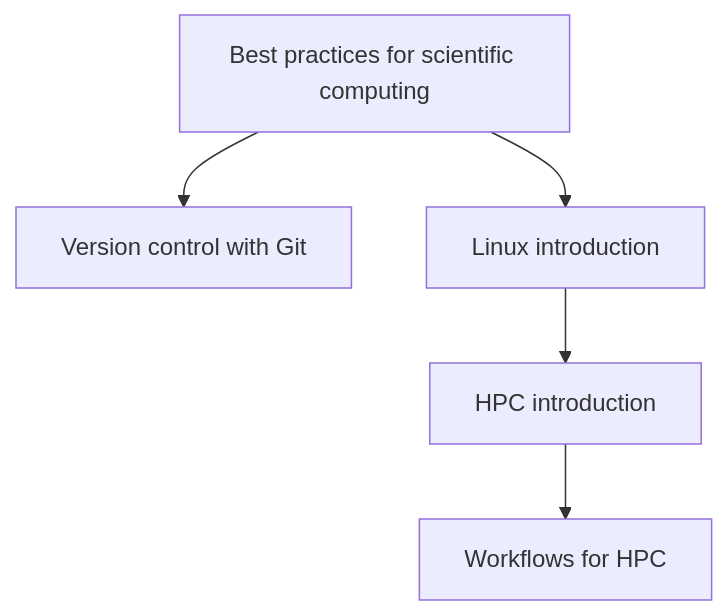
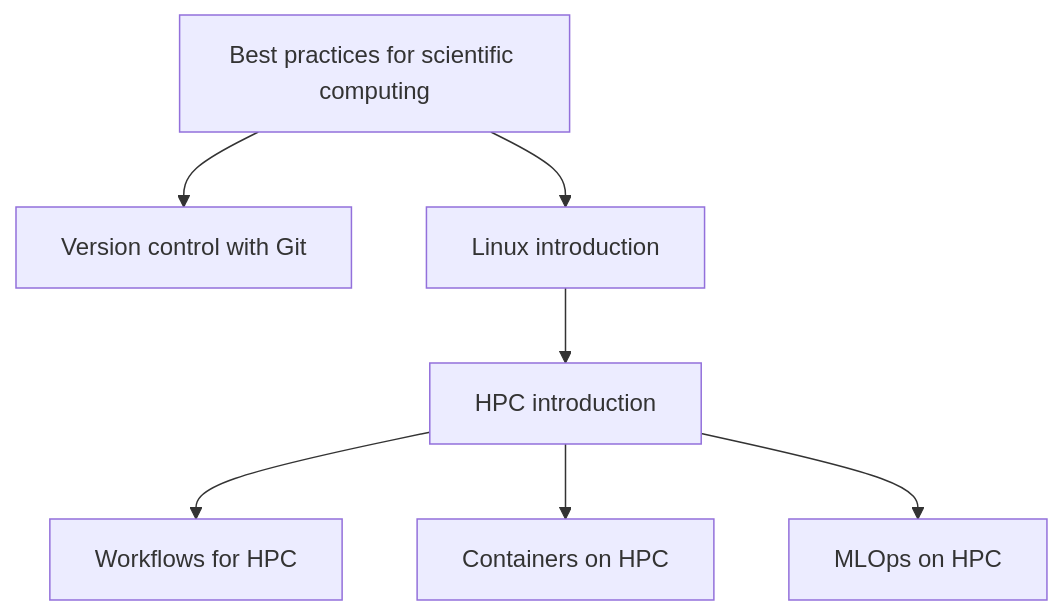
The diagram in docs/learning_path_using_hpc_applications.md (gjbex/Training-sessions), drawn with Mermaid before and after one commit. The commit also changed other lines of this file and 4 other files, not shown here.

````diff
--- a/docs/learning_path_using_hpc_applications.md
+++ b/docs/learning_path_using_hpc_applications.md
@@ -7,12 +7,16 @@
 ```mermaid
 graph TD
   Best_practices_for_scientific_computing[Best practices for scientific computing] --> Version_control_with_git[Version control with Git]
   Best_practices_for_scientific_computing[Best practices for scientific computing] --> Linux_intro[Linux introduction]
   Linux_intro --> HPC_intro[HPC introduction]
   HPC_intro --> Workflows_for_HPC[Workflows for HPC]
+  HPC_intro --> Containers_on_HPC[Containers on HPC]
+  HPC_intro --> MLOps_on_HPC[MLOps on HPC]
   click Best_practices_for_scientific_computing "https://gjbex.github.io/Best-practices-for-scientific-computing/" "Best practices for scientific computing"
   click Version_control_with_git "https://gjbex.github.io/Version-control-with-git" "Version control with Git"
   click Linux_intro "https://gjbex.github.io/Training-sessions/linux_intro" "Linux introduction"
   click HPC_intro "https://gjbex.github.io/Training-sessions/hpc_intro" "HPC introduction"
   click Workflows_for_HPC "https://gjbex.github.io/Workflows-for-HPC/" "Workflows for HPC"
+  click Containers_on_HPC "https://gjbex.github.io/Containers-for-HPC/" "Containers on HPC"
+  click MLOps_on_HPC "https://gjbex.github.io/MLOps-on-HPC/" "MLOps on HPC"
 ```
````
